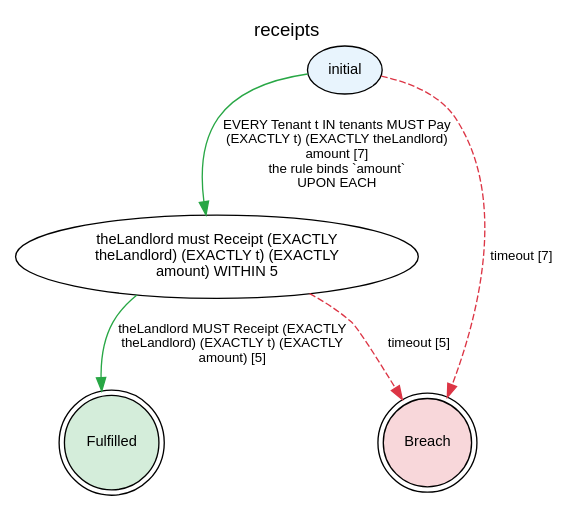
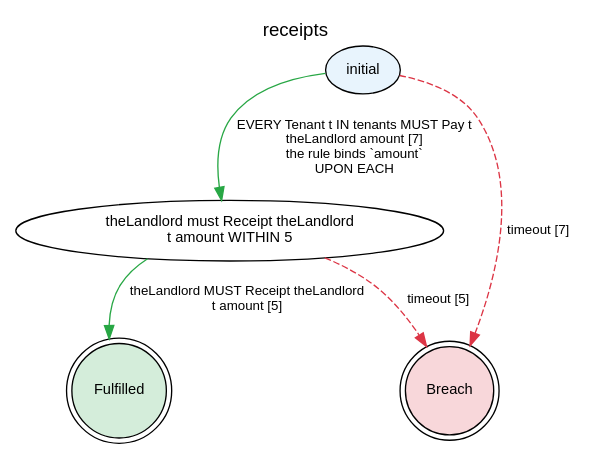
One commit to legalese/l4-ide changed the diagram in etc/lts-reader-proxy/tenancy/B.dot. Above: the diagram before and after it, drawn with Graphviz. The commit also changed 20 other files, not shown here.

```diff
--- a/etc/lts-reader-proxy/tenancy/B.dot
+++ b/etc/lts-reader-proxy/tenancy/B.dot
@@ -1,43 +1,43 @@
 digraph {
     graph [rankdir=TB
           ,label=receipts
           ,labelloc=t
           ,fontname=Helvetica
           ,fontsize=14];
     node [fontname=Helvetica
          ,fontsize=11];
     edge [fontname=Helvetica
          ,fontsize=10];
     0 [label=initial
       ,fillcolor=white
       ,style=filled
       ,shape=ellipse
       ,fillcolor="#e8f4fd"];
-    1 [label="theLandlord must Receipt (EXACTLY\ntheLandlord) (EXACTLY t) (EXACTLY\namount) WITHIN 5"
+    1 [label="theLandlord must Receipt theLandlord\nt amount WITHIN 5"
       ,fillcolor=white
       ,style=filled
       ,shape=ellipse
       ,fillcolor="#ffffff"];
     2 [label=Fulfilled
       ,fillcolor=white
       ,style=filled
       ,shape=doublecircle
       ,fillcolor="#d4edda"];
     3 [label=Breach
       ,fillcolor=white
       ,style=filled
       ,shape=doublecircle
       ,fillcolor="#f8d7da"];
-    0 -> 1 [label="EVERY Tenant t IN tenants MUST Pay\n(EXACTLY t) (EXACTLY theLandlord)\namount [7]\nthe rule binds `amount`\nUPON EACH"
+    0 -> 1 [label="EVERY Tenant t IN tenants MUST Pay t\ntheLandlord amount [7]\nthe rule binds `amount`\nUPON EACH"
            ,color="#28a745"
            ,style=solid];
     0 -> 3 [label="timeout [7]"
            ,color="#dc3545"
            ,style=dashed];
-    1 -> 2 [label="theLandlord MUST Receipt (EXACTLY\ntheLandlord) (EXACTLY t) (EXACTLY\namount) [5]"
+    1 -> 2 [label="theLandlord MUST Receipt theLandlord\nt amount [5]"
            ,color="#28a745"
            ,style=solid];
     1 -> 3 [label="timeout [5]"
            ,color="#dc3545"
            ,style=dashed];
 }
```
